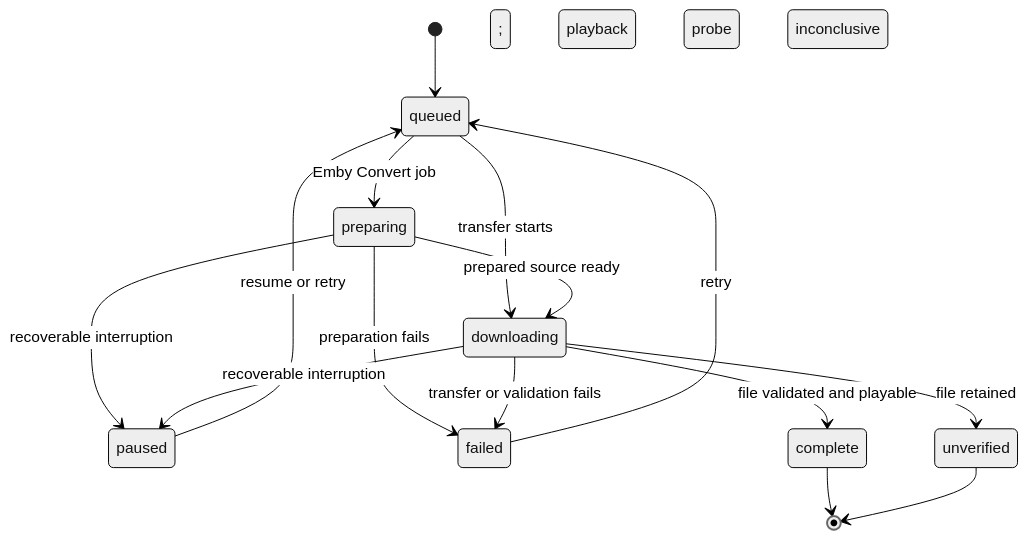
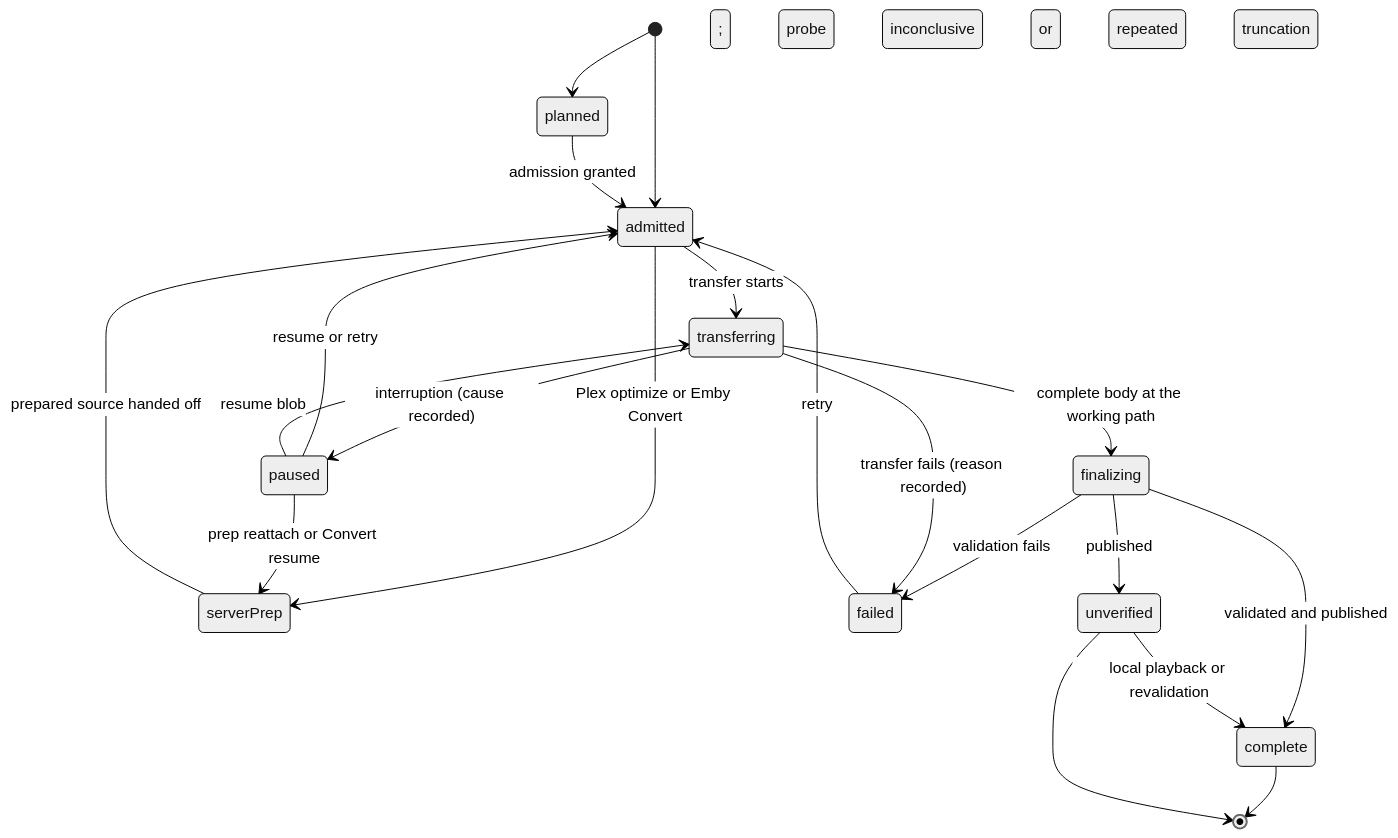
One commit to jlipworth/Labstream changed the second of 3 diagrams in docs/DOWNLOADS-OFFLINE.md. Above: the diagram before and after it, drawn with Mermaid (neutral theme). The commit also changed other lines of this file and 1 other file, not shown here.

Commit message:
Document the persisted download lifecycle, history and recovery rules (P3a)

````diff
--- a/docs/DOWNLOADS-OFFLINE.md
+++ b/docs/DOWNLOADS-OFFLINE.md
@@ -50,26 +54,33 @@
 ```mermaid
 stateDiagram-v2
-  accTitle: Persisted download row states
-  accDescr: A persisted row begins queued. Emby Convert is the only route that serializes preparing. Plex optimize stays queued until the static handoff. Bytes download next. Interruption can pause a row, errors can fail it, and validation ends as complete or unverified when the file is retained but the local playback probe is inconclusive.
-  state "queued" as Queued
-  state "preparing" as Preparing
-  state "downloading" as Downloading
+  accTitle: Download lifecycle
+  accDescr: A row is planned or admitted, may prepare on the server, transfers bytes, and enters finalizing once a complete body exists. Finalizing ends complete or unverified after publication, or failed. Interruptions pause a row with a recorded cause; errors fail it with a recorded reason. Retry modes choose where a paused or failed row resumes.
+  state "planned" as Planned
+  state "admitted" as Admitted
+  state "serverPrep" as ServerPrep
+  state "transferring" as Transferring
+  state "finalizing" as Finalizing
   state "paused" as Paused
   state "failed" as Failed
   state "complete" as Complete
   state "unverified" as Unverified
-  [*] --> Queued
-  Queued --> Preparing: Emby Convert job
-  Queued --> Downloading: transfer starts
-  Preparing --> Downloading: prepared source ready
-  Preparing --> Paused: recoverable interruption
-  Preparing --> Failed: preparation fails
-  Downloading --> Paused: recoverable interruption
-  Downloading --> Failed: transfer or validation fails
-  Downloading --> Complete: file validated and playable
-  Downloading --> Unverified: file retained; playback probe inconclusive
-  Paused --> Queued: resume or retry
-  Failed --> Queued: retry
+  [*] --> Planned
+  [*] --> Admitted
+  Planned --> Admitted: admission granted
+  Admitted --> ServerPrep: Plex optimize or Emby Convert
+  ServerPrep --> Admitted: prepared source handed off
+  Admitted --> Transferring: transfer starts
+  Transferring --> Finalizing: complete body at the working path
+  Finalizing --> Complete: validated and published
+  Finalizing --> Unverified: published; probe inconclusive or repeated truncation
+  Finalizing --> Failed: validation fails
+  Transferring --> Paused: interruption (cause recorded)
+  Transferring --> Failed: transfer fails (reason recorded)
+  Paused --> Admitted: resume or retry
+  Paused --> Transferring: resume blob
+  Paused --> ServerPrep: prep reattach or Convert resume
+  Failed --> Admitted: retry
+  Unverified --> Complete: local playback or revalidation
   Complete --> [*]
   Unverified --> [*]
 ```
````
